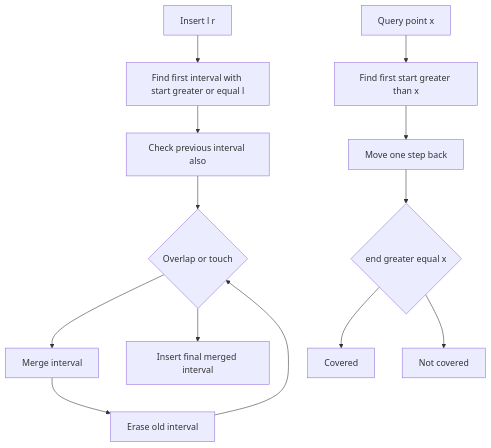
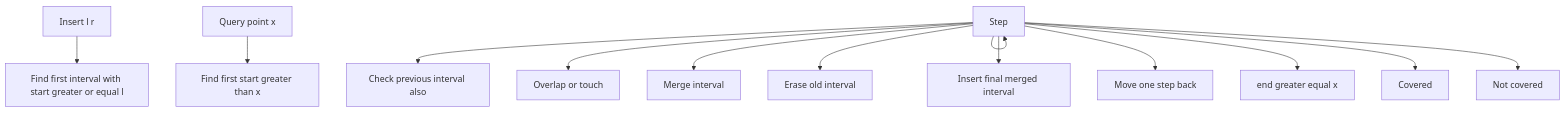
One commit to mthaiseer/springcloud-systemdesign-notes changed diagram 13 of 35 in CP_DSA_NOTES/001_TOPIC_WISE/001_STL_RANGE_QUERY_SWEEPLINE.md. Above: the diagram before and after it, drawn with Mermaid. The commit also changed other lines of this file and 1 other file, not shown here.

````diff
--- a/CP_DSA_NOTES/001_TOPIC_WISE/001_STL_RANGE_QUERY_SWEEPLINE.md
+++ b/CP_DSA_NOTES/001_TOPIC_WISE/001_STL_RANGE_QUERY_SWEEPLINE.md
@@ -876,15 +876,15 @@
 ```mermaid
 flowchart TD
-    A["Insert l r"] --> B["Find first interval with start greater or equal l"]
-    B --> C["Check previous interval also"]
-    C --> D{"Overlap or touch"}
-    D --> E["Merge interval"]
-    E --> F["Erase old interval"]
-    F --> D
-    D --> G["Insert final merged interval"]
-    H["Query point x"] --> I["Find first start greater than x"]
-    I --> J["Move one step back"]
-    J --> K{"end greater equal x"}
-    K --> L["Covered"]
-    K --> M["Not covered"]
+    N1["Insert l r"] --> N2["Find first interval with start greater or equal l"]
+    N3["Step"] --> N4["Check previous interval also"]
+    N3["Step"] --> N5["Overlap or touch"]
+    N3["Step"] --> N6["Merge interval"]
+    N3["Step"] --> N7["Erase old interval"]
+    N3["Step"] --> N3["Step"]
+    N3["Step"] --> N8["Insert final merged interval"]
+    N9["Query point x"] --> N10["Find first start greater than x"]
+    N3["Step"] --> N11["Move one step back"]
+    N3["Step"] --> N12["end greater equal x"]
+    N3["Step"] --> N13["Covered"]
+    N3["Step"] --> N14["Not covered"]
 ```
````
